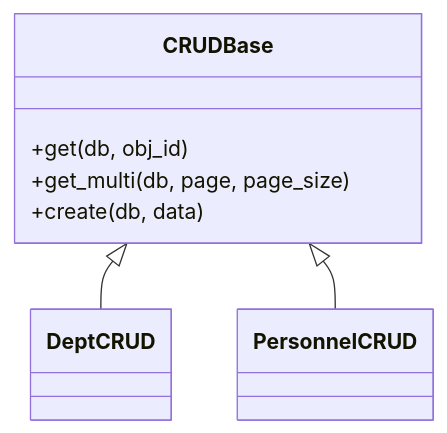
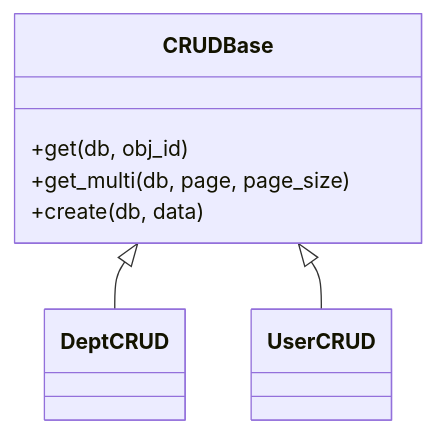
Before and after one commit to PrinZzzzjn/software-engineering-textbook: the diagram in 软件工程实践-2.0/09-数据模块-查询复用.md, drawn with Mermaid. The commit also changed other lines of this file, not shown here.

````diff
--- a/软件工程实践-2.0/09-数据模块-查询复用.md
+++ b/软件工程实践-2.0/09-数据模块-查询复用.md
@@ -171,12 +182,12 @@
 ```mermaid
 classDiagram
     class CRUDBase {
       +get(db, obj_id)
       +get_multi(db, page, page_size)
       +create(db, data)
     }
     class DeptCRUD
-    class PersonnelCRUD
+    class UserCRUD
     CRUDBase <|-- DeptCRUD
-    CRUDBase <|-- PersonnelCRUD
+    CRUDBase <|-- UserCRUD
 ```
````
